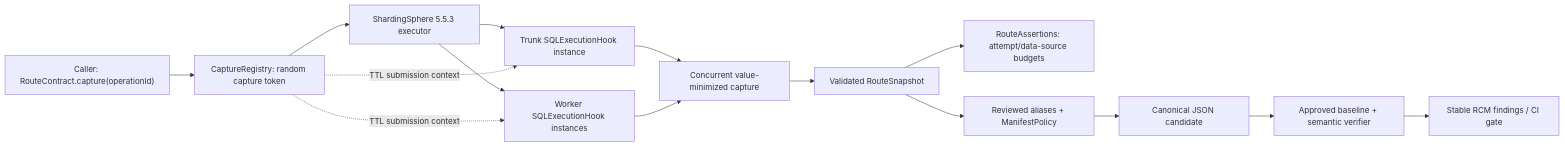
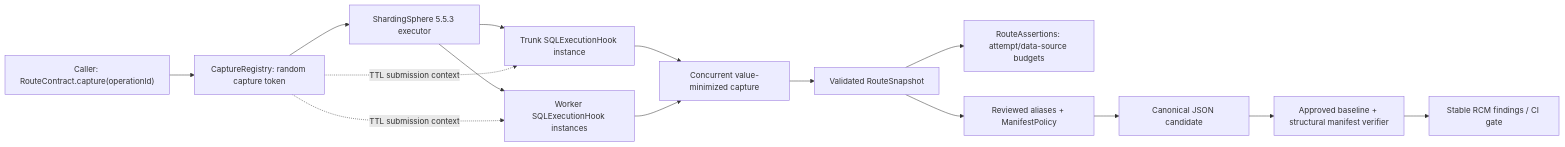
One commit to ym0506/routecontract changed the diagram in docs/architecture.md. Above: the diagram before and after it, drawn with Mermaid. The commit also changed 67 other files, not shown here.

````diff
--- a/docs/architecture.md
+++ b/docs/architecture.md
@@ -7,17 +7,17 @@
 ```mermaid
 flowchart LR
     A["Caller: RouteContract.capture(operationId)"] --> B["CaptureRegistry: random capture token"]
     B --> C["ShardingSphere 5.5.3 executor"]
     C --> D1["Trunk SQLExecutionHook instance"]
     C --> D2["Worker SQLExecutionHook instances"]
     B -. "TTL submission context" .-> D1
     B -. "TTL submission context" .-> D2
     D1 --> E["Concurrent value-minimized capture"]
     D2 --> E
     E --> F["Validated RouteSnapshot"]
     F --> G["RouteAssertions: attempt/data-source budgets"]
     F --> H["Reviewed aliases + ManifestPolicy"]
     H --> I["Canonical JSON candidate"]
-    I --> J["Approved baseline + semantic verifier"]
+    I --> J["Approved baseline + structural manifest verifier"]
     J --> K["Stable RCM findings / CI gate"]
 ```
````
